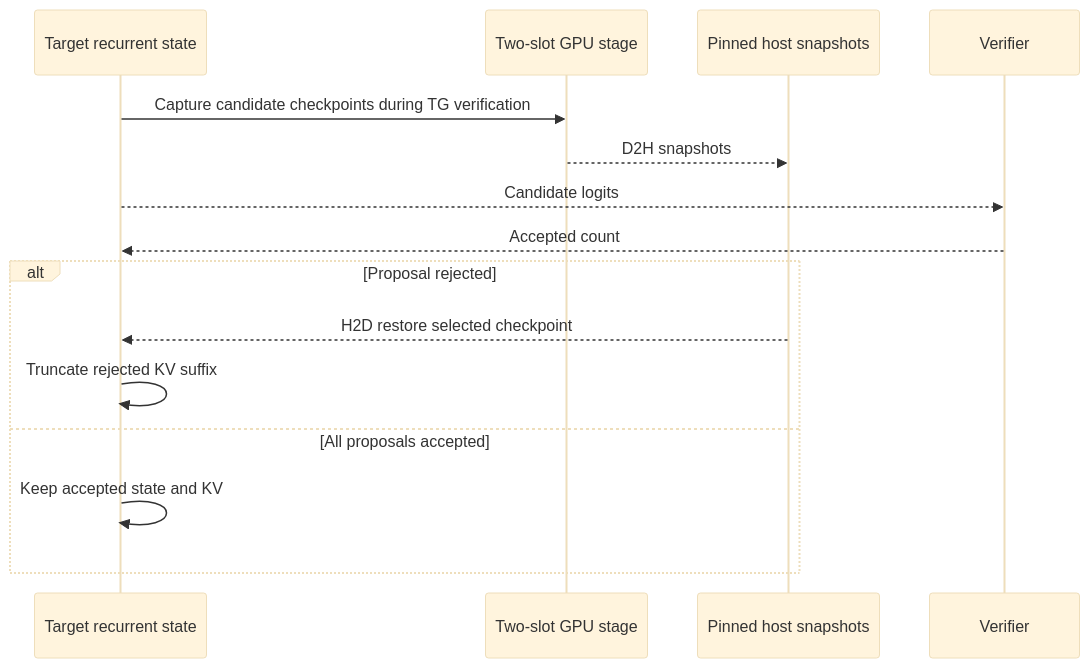
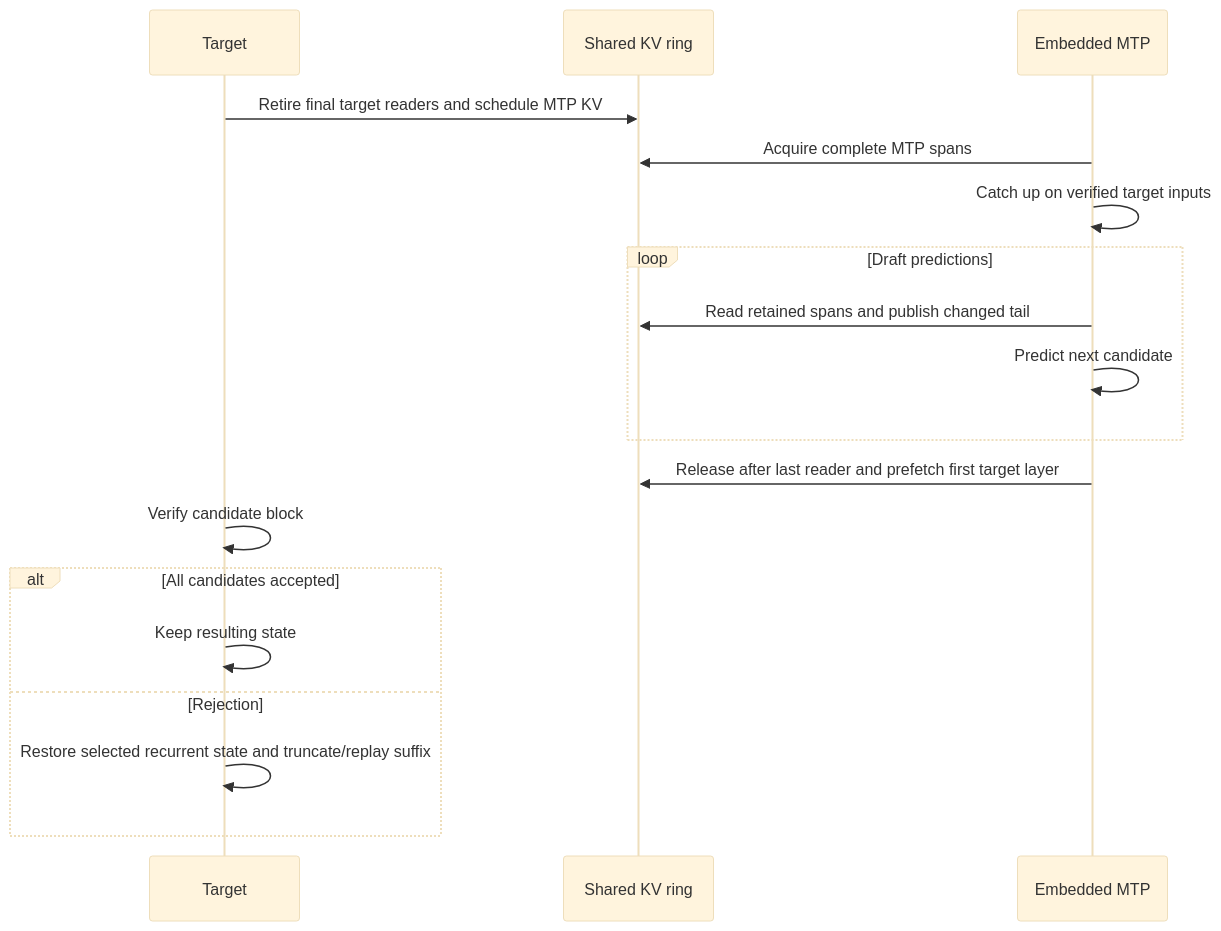
The fifth of 8 diagrams in README.md (ggml-org/llama.cpp), drawn with Mermaid (base theme) before and after one commit. The commit also changed other lines of this file and 6 other files, not shown here.

````diff
--- a/README.md
+++ b/README.md
@@ -306,17 +463,20 @@
 ```mermaid
 sequenceDiagram
-    participant T as Target recurrent state
-    participant S as Two-slot GPU stage
-    participant H as Pinned host snapshots
-    participant V as Verifier
-    T->>S: Capture candidate checkpoints during TG verification
-    S-->>H: D2H snapshots
-    T-->>V: Candidate logits
-    V-->>T: Accepted count
-    alt Proposal rejected
-        H-->>T: H2D restore selected checkpoint
-        T->>T: Truncate rejected KV suffix
-    else All proposals accepted
-        T->>T: Keep accepted state and KV
+    participant T as Target
+    participant R as Shared KV ring
+    participant M as Embedded MTP
+    T->>R: Retire final target readers and schedule MTP KV
+    M->>R: Acquire complete MTP spans
+    M->>M: Catch up on verified target inputs
+    loop Draft predictions
+        M->>R: Read retained spans and publish changed tail
+        M->>M: Predict next candidate
+    end
+    M->>R: Release after last reader and prefetch first target layer
+    T->>T: Verify candidate block
+    alt All candidates accepted
+        T->>T: Keep resulting state
+    else Rejection
+        T->>T: Restore selected recurrent state and truncate/replay suffix
     end
 ```
````
